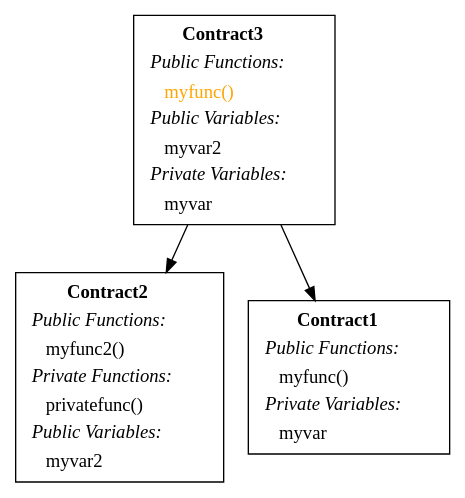
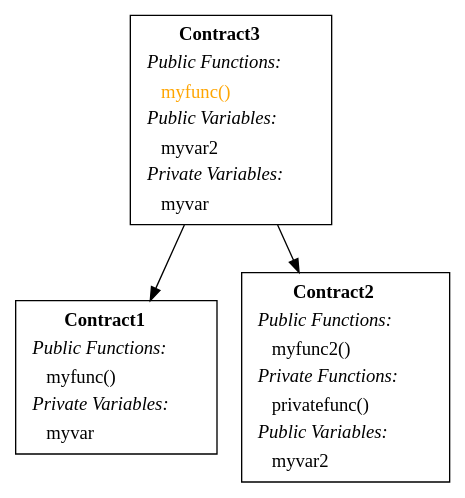
Before and after one commit to crytic/slither: the diagram in examples/printers/inheritances.sol.dot, drawn with Graphviz. The commit also changed other lines of this file and 8 other files, not shown here.

```diff
--- a/examples/printers/inheritances.sol.dot
+++ b/examples/printers/inheritances.sol.dot
@@ -1,7 +1,7 @@
 digraph{
+Contract1[shape="box"label=< <TABLE border="0"><TR><TD align="center"><B>Contract1</B></TD></TR><TR><TD align="left"><I>Public Functions:</I></TD></TR><TR><TD align="left">    myfunc()</TD></TR><TR><TD align="left"><I>Private Variables:</I></TD></TR><TR><TD align="left">    myvar</TD></TR></TABLE> >];
+Contract2[shape="box"label=< <TABLE border="0"><TR><TD align="center"><B>Contract2</B></TD></TR><TR><TD align="left"><I>Public Functions:</I></TD></TR><TR><TD align="left">    myfunc2()</TD></TR><TR><TD align="left"><I>Private Functions:</I></TD></TR><TR><TD align="left">    privatefunc()</TD></TR><TR><TD align="left"><I>Public Variables:</I></TD></TR><TR><TD align="left">    myvar2</TD></TR></TABLE> >];
 Contract3 -> Contract2;
 Contract3 -> Contract1;
 Contract3[shape="box"label=< <TABLE border="0"><TR><TD align="center"><B>Contract3</B></TD></TR><TR><TD align="left"><I>Public Functions:</I></TD></TR><TR><TD align="left"><font color="#FFA500">    myfunc()</font></TD></TR><TR><TD align="left"><I>Public Variables:</I></TD></TR><TR><TD align="left">    myvar2</TD></TR><TR><TD align="left"><I>Private Variables:</I></TD></TR><TR><TD align="left">    myvar</TD></TR></TABLE> >];
-Contract2[shape="box"label=< <TABLE border="0"><TR><TD align="center"><B>Contract2</B></TD></TR><TR><TD align="left"><I>Public Functions:</I></TD></TR><TR><TD align="left">    myfunc2()</TD></TR><TR><TD align="left"><I>Private Functions:</I></TD></TR><TR><TD align="left">    privatefunc()</TD></TR><TR><TD align="left"><I>Public Variables:</I></TD></TR><TR><TD align="left">    myvar2</TD></TR></TABLE> >];
-Contract1[shape="box"label=< <TABLE border="0"><TR><TD align="center"><B>Contract1</B></TD></TR><TR><TD align="left"><I>Public Functions:</I></TD></TR><TR><TD align="left">    myfunc()</TD></TR><TR><TD align="left"><I>Private Variables:</I></TD></TR><TR><TD align="left">    myvar</TD></TR></TABLE> >];
 }
```
